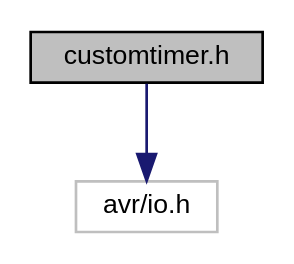
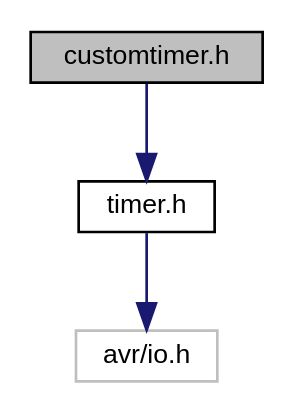
Before and after one commit to LuTri/AVRClock: the diagram in customtimer_8h__incl.dot, drawn with Graphviz. The commit also changed 41 other files, not shown here.

```diff
--- a/customtimer_8h__incl.dot
+++ b/customtimer_8h__incl.dot
@@ -1,8 +1,10 @@
 digraph "customtimer.h"
 {
   edge [fontname="Helvetica",fontsize="10",labelfontname="Helvetica",labelfontsize="10"];
   node [fontname="Helvetica",fontsize="10",shape=record];
   Node1 [label="customtimer.h",height=0.2,width=0.4,color="black", fillcolor="grey75", style="filled" fontcolor="black"];
   Node1 -> Node2 [color="midnightblue",fontsize="10",style="solid",fontname="Helvetica"];
-  Node2 [label="avr/io.h",height=0.2,width=0.4,color="grey75", fillcolor="white", style="filled"];
+  Node2 [label="timer.h",height=0.2,width=0.4,color="black", fillcolor="white", style="filled",URL="$timer_8h.html"];
+  Node2 -> Node3 [color="midnightblue",fontsize="10",style="solid",fontname="Helvetica"];
+  Node3 [label="avr/io.h",height=0.2,width=0.4,color="grey75", fillcolor="white", style="filled"];
 }
```
